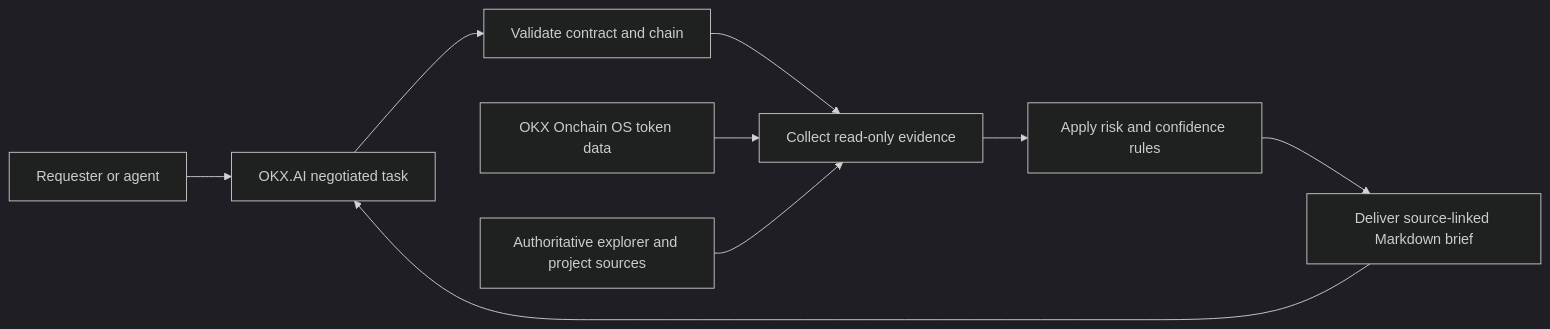
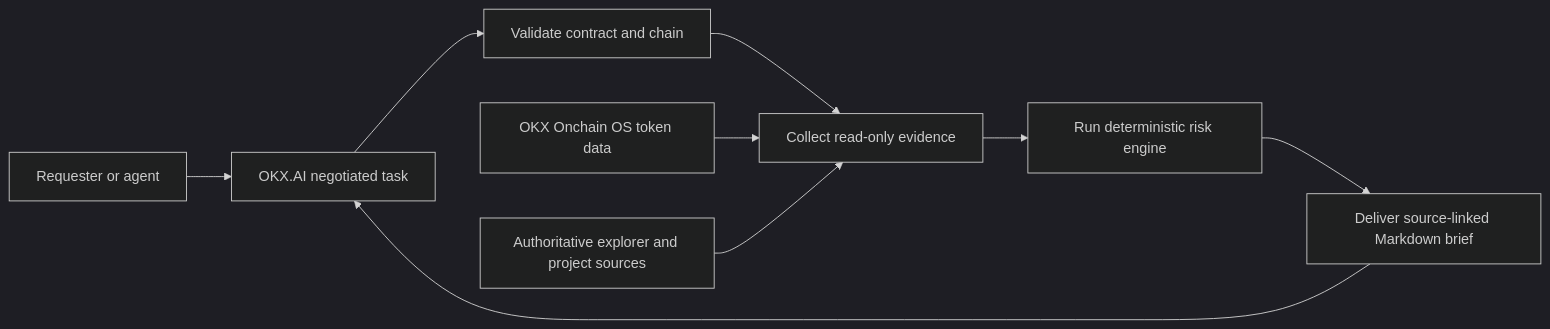
The diagram in README.md (leini8891/Token-Risk-Brief), drawn with Mermaid (dark theme) before and after one commit. The commit also changed other lines of this file and 9 other files, not shown here.

Commit message:
Add deterministic token risk engine

````diff
--- a/README.md
+++ b/README.md
@@ -21,11 +21,11 @@
 ```mermaid
 flowchart LR
     A["Requester or agent"] --> B["OKX.AI negotiated task"]
     B --> C["Validate contract and chain"]
     C --> D["Collect read-only evidence"]
-    D --> E["Apply risk and confidence rules"]
+    D --> E["Run deterministic risk engine"]
     E --> F["Deliver source-linked Markdown brief"]
     F --> B
     G["OKX Onchain OS token data"] --> D
     H["Authoritative explorer and project sources"] --> D
 ```
````
